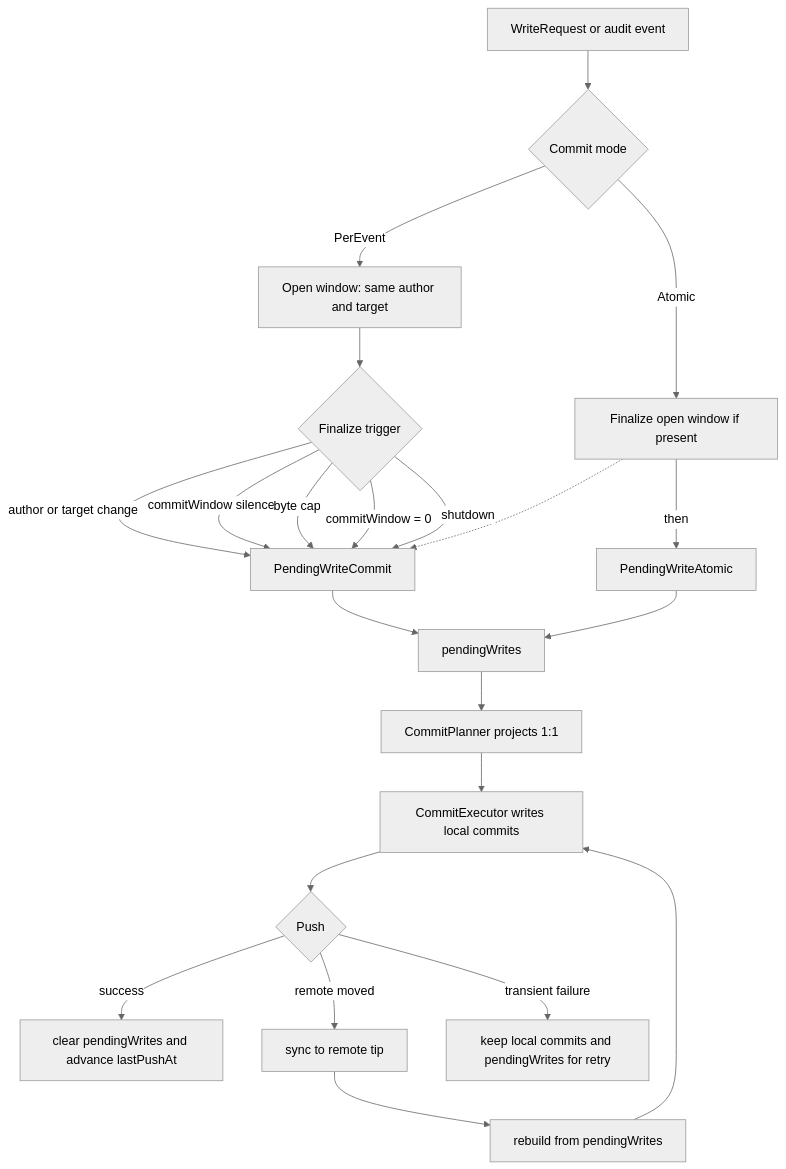
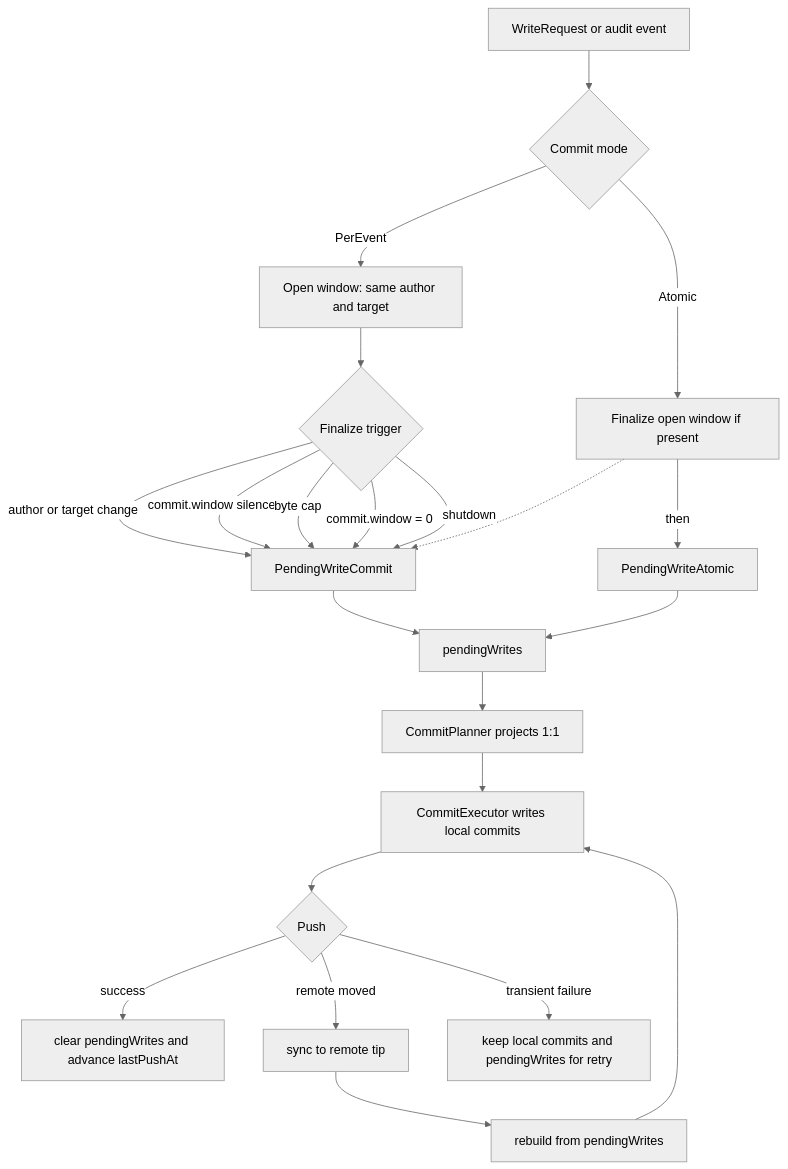
The diagram in docs/spec/commit-window-refactor.md (ConfigButler/gitops-reverser), drawn with Mermaid (neutral theme) before and after one commit. The commit also changed other lines of this file and 112 other files, not shown here.

````diff
--- a/docs/spec/commit-window-refactor.md
+++ b/docs/spec/commit-window-refactor.md
@@ -61,24 +61,24 @@
 ```mermaid
 flowchart TD
     A[WriteRequest or audit event] --> B{Commit mode}
     B -->|PerEvent| C[Open window: same author and target]
     C --> E{Finalize trigger}
     E -->|author or target change| F[PendingWriteCommit]
-    E -->|commitWindow silence| F
+    E -->|commit.window silence| F
     E -->|byte cap| F
-    E -->|commitWindow = 0| F
+    E -->|commit.window = 0| F
     E -->|shutdown| F
     B -->|Atomic| Q[Finalize open window if present]
     Q -.-> F
     Q -->|then| D[PendingWriteAtomic]
     F --> G[pendingWrites]
     D --> G
     G --> H[CommitPlanner projects 1:1]
     H --> I[CommitExecutor writes local commits]
     I --> J{Push}
     J -->|success| K[clear pendingWrites and advance lastPushAt]
     J -->|remote moved| L[sync to remote tip]
     L --> M[rebuild from pendingWrites]
     M --> I
     J -->|transient failure| N[keep local commits and pendingWrites for retry]
 ```
````
